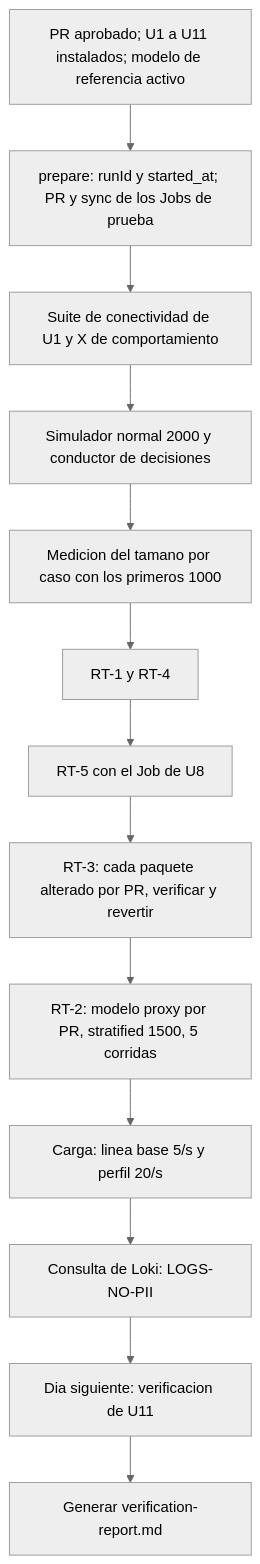
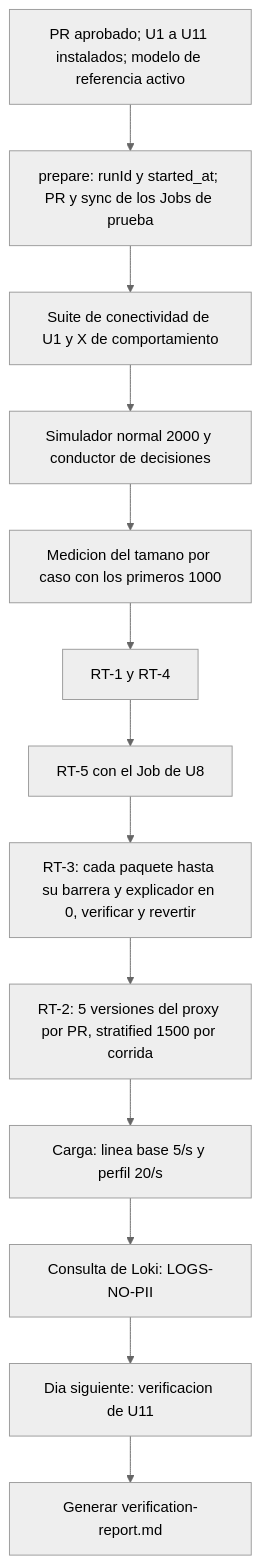
Before and after one commit to jjlloobb/topicos-especiales-credito-de-vivienda: the diagram in vectra-risk/aidlc-docs/construction/system-verification/functional-design/business-logic-model.md, drawn with Mermaid (neutral theme). The commit also changed other lines of this file and 48 other files, not shown here.

````diff
--- a/vectra-risk/aidlc-docs/construction/system-verification/functional-design/business-logic-model.md
+++ b/vectra-risk/aidlc-docs/construction/system-verification/functional-design/business-logic-model.md
@@ -22,18 +22,18 @@
 ```mermaid
 flowchart TD
     pre["PR aprobado; U1 a U11 instalados; modelo de referencia activo"]
     prep["prepare: runId y started_at; PR y sync de los Jobs de prueba"]
     net["Suite de conectividad de U1 y X de comportamiento"]
     dec["Simulador normal 2000 y conductor de decisiones"]
     size["Medicion del tamano por caso con los primeros 1000"]
     rt14["RT-1 y RT-4"]
     rt5["RT-5 con el Job de U8"]
-    rt3["RT-3: cada paquete alterado por PR, verificar y revertir"]
-    rt2["RT-2: modelo proxy por PR, stratified 1500, 5 corridas"]
+    rt3["RT-3: cada paquete hasta su barrera y explicador en 0, verificar y revertir"]
+    rt2["RT-2: 5 versiones del proxy por PR, stratified 1500 por corrida"]
     load["Carga: linea base 5/s y perfil 20/s"]
     pii["Consulta de Loki: LOGS-NO-PII"]
     next["Dia siguiente: verificacion de U11"]
     rep["Generar verification-report.md"]
 
     pre --> prep --> net --> dec --> size --> rt14 --> rt5 --> rt3 --> rt2 --> load --> pii --> next --> rep
 ```
````
